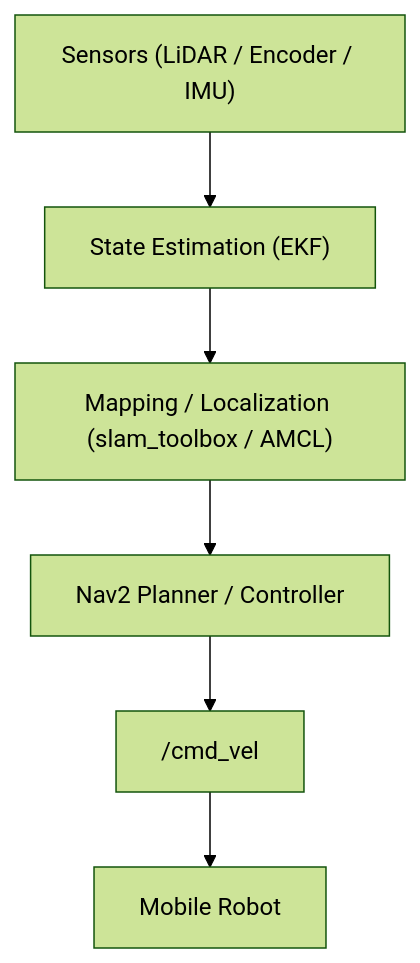
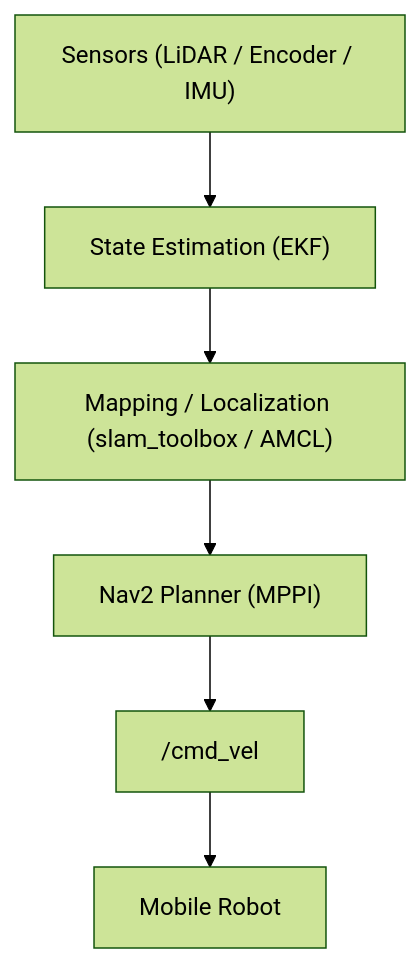
The diagram in README.md (jack2148/navigation_stack_lab), drawn with Mermaid (forest theme) before and after one commit. The commit also changed other lines of this file, not shown here.

````diff
--- a/README.md
+++ b/README.md
@@ -78,8 +43,8 @@
 ```mermaid
 graph TD
     S["Sensors (LiDAR / Encoder / IMU)"] --> E["State Estimation (EKF)"]
     E --> M["Mapping / Localization (slam_toolbox / AMCL)"]
-    M --> N["Nav2 Planner / Controller"]
+    M --> N["Nav2 Planner (MPPI)"]
     N --> C["/cmd_vel"]
     C --> B["Mobile Robot"]
 ```
````
